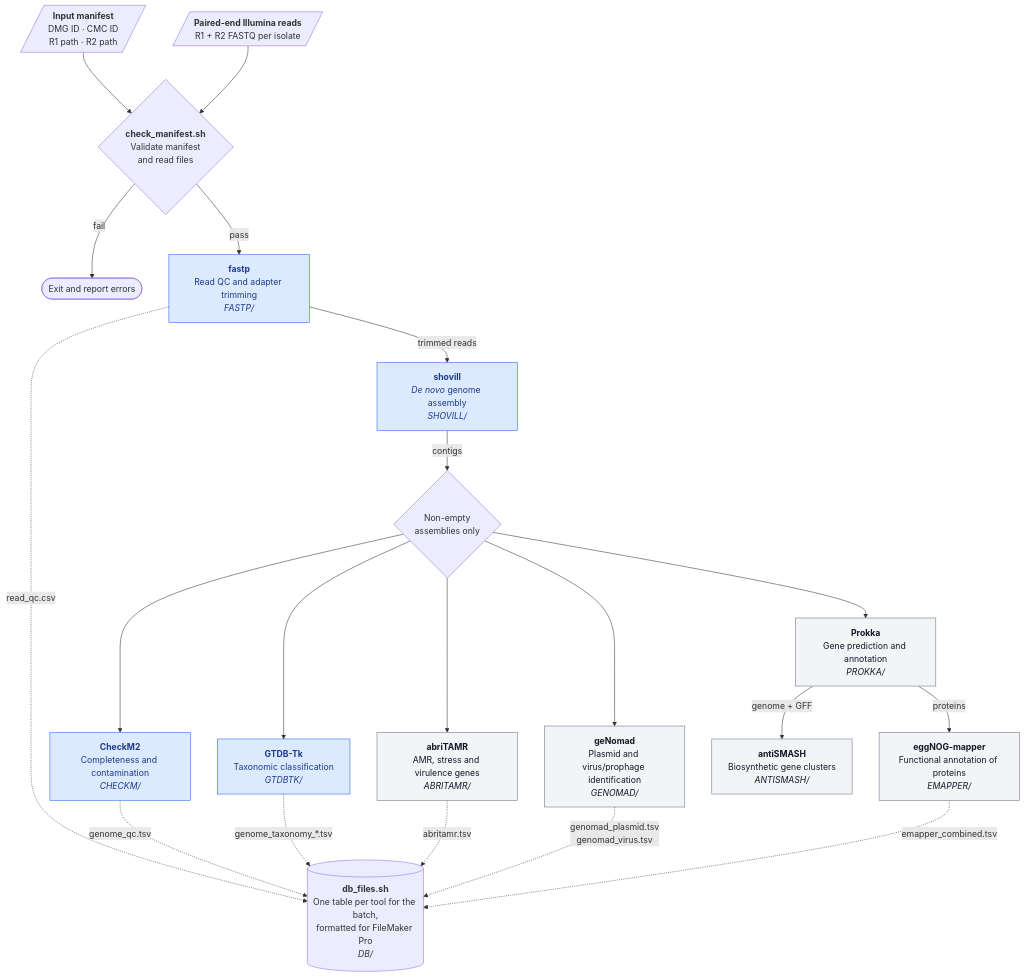
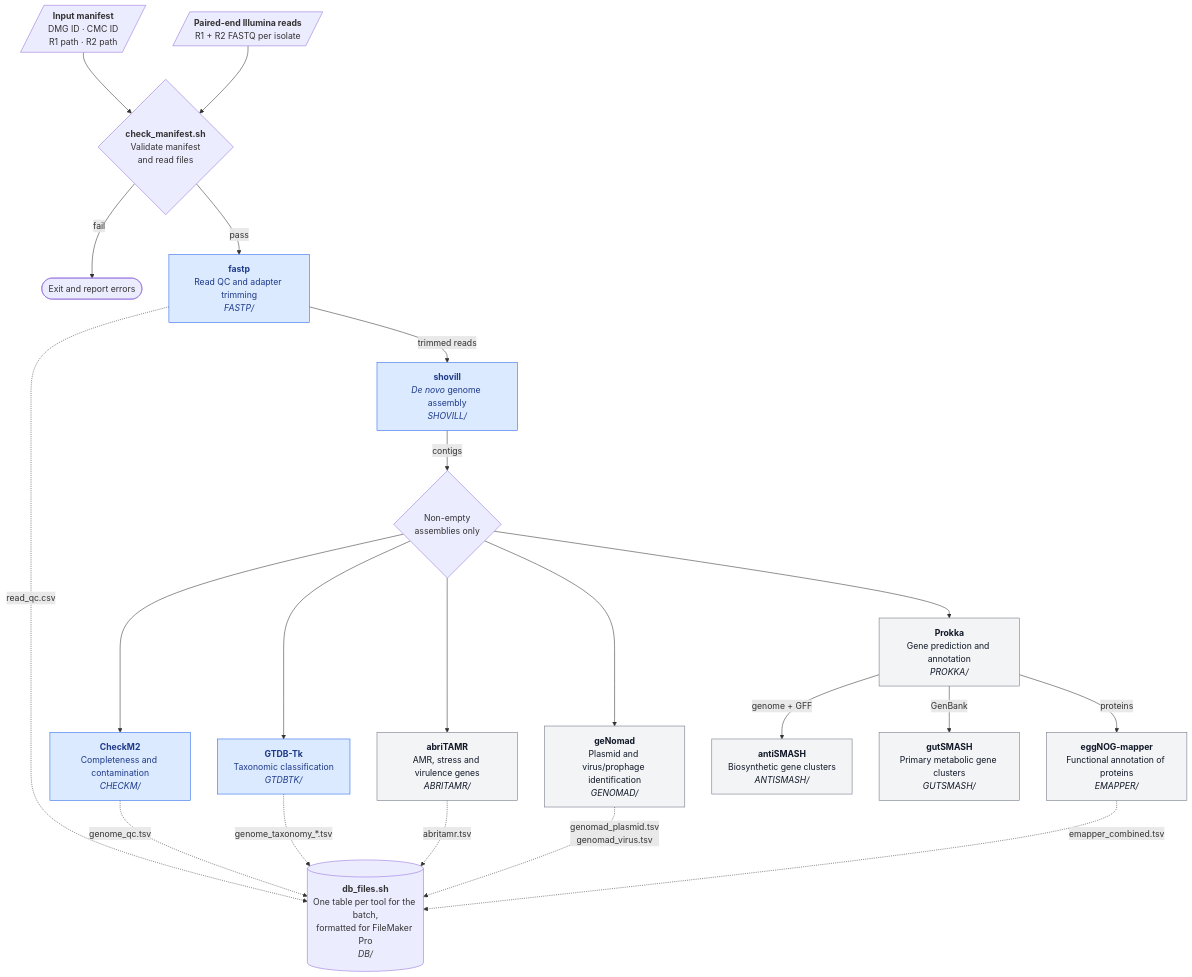
Before and after one commit to centre-pathogen-genomics/microbiome-collection: the diagram in README.md, drawn with Mermaid. The commit also changed other lines of this file and 2 other files, not shown here.

Commit message:
update to reflect new gutsmash script

````diff
--- a/README.md
+++ b/README.md
@@ -150,48 +151,50 @@
 ```mermaid
 flowchart TD
     MAN[/"<b>Input manifest</b><br/>DMG ID · CMC ID<br/>R1 path · R2 path"/]
     FQ[/"<b>Paired-end Illumina reads</b><br/>R1 + R2 FASTQ per isolate"/]
 
     CHECK{"<b>check_manifest.sh</b><br/>Validate manifest<br/>and read files"}
     STOP(["Exit and report errors"])
 
     FASTP["<b>fastp</b><br/>Read QC and adapter trimming<br/><i>FASTP/</i>"]
     SHOVILL["<b>shovill</b><br/><i>De novo</i> genome assembly<br/><i>SHOVILL/</i>"]
     FILTER{"Non-empty<br/>assemblies only"}
 
     CHECKM["<b>CheckM2</b><br/>Completeness and contamination<br/><i>CHECKM/</i>"]
     GTDB["<b>GTDB-Tk</b><br/>Taxonomic classification<br/><i>GTDBTK/</i>"]
     AMR["<b>abriTAMR</b><br/>AMR, stress and virulence genes<br/><i>ABRITAMR/</i>"]
     GENOMAD["<b>geNomad</b><br/>Plasmid and virus/prophage identification<br/><i>GENOMAD/</i>"]
     PROKKA["<b>Prokka</b><br/>Gene prediction and annotation<br/><i>PROKKA/</i>"]
     EMAP["<b>eggNOG-mapper</b><br/>Functional annotation of proteins<br/><i>EMAPPER/</i>"]
     ANTI["<b>antiSMASH</b><br/>Biosynthetic gene clusters<br/><i>ANTISMASH/</i>"]
+    GUT["<b>gutSMASH</b><br/>Primary metabolic gene clusters<br/><i>GUTSMASH/</i>"]
 
     DB[("<b>db_files.sh</b><br/>One table per tool for the batch,<br/>formatted for FileMaker Pro<br/><i>DB/</i>")]
 
     MAN --> CHECK
     FQ --> CHECK
     CHECK -->|"fail"| STOP
     CHECK -->|"pass"| FASTP
     FASTP -->|"trimmed reads"| SHOVILL
     SHOVILL -->|"contigs"| FILTER
     FILTER --> CHECKM
     FILTER --> GTDB
     FILTER --> AMR
     FILTER --> GENOMAD
     FILTER --> PROKKA
     PROKKA -->|"proteins"| EMAP
     PROKKA -->|"genome + GFF"| ANTI
+    PROKKA -->|"GenBank"| GUT
 
     FASTP -.->|"read_qc.csv"| DB
     CHECKM -.->|"genome_qc.tsv"| DB
     GTDB -.->|"genome_taxonomy_*.tsv"| DB
     AMR -.->|"abritamr.tsv"| DB
     GENOMAD -.->|"genomad_plasmid.tsv<br/>genomad_virus.tsv"| DB
     EMAP -.->|"emapper_combined.tsv"| DB
 
     classDef prelim fill:#dbeafe,stroke:#2563eb,color:#1e3a8a
     classDef full fill:#f3f4f6,stroke:#6b7280,color:#111827
     class FASTP,SHOVILL,CHECKM,GTDB prelim
-    class AMR,GENOMAD,PROKKA,EMAP,ANTI full
+    class AMR,GENOMAD,PROKKA,EMAP,ANTI,GUT full
 ```
````
